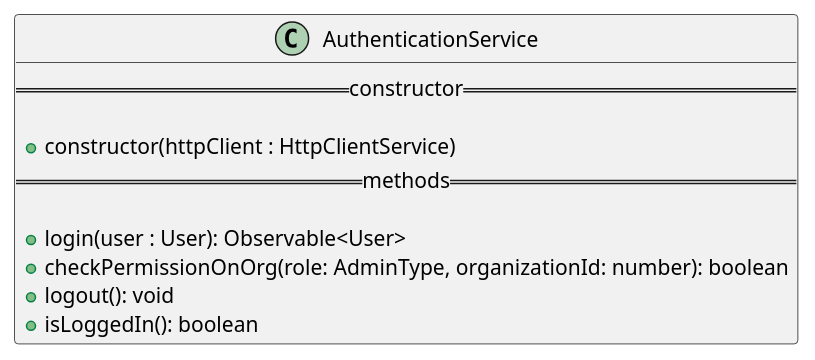
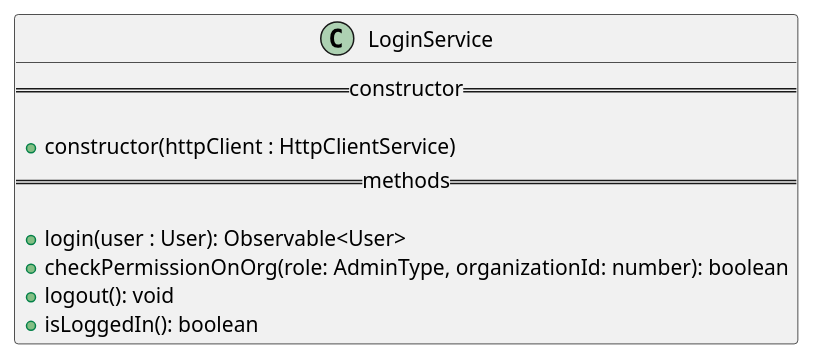
The diagram in docs/diagrams/services/loginservice.pu (GruppOne/stalker-web-app), drawn with PlantUML before and after one commit. The commit also changed 3 other files, not shown here.

Commit message:
docs: add class diagrams for editorganization and organization components

```diff
--- a/docs/diagrams/services/loginservice.pu
+++ b/docs/diagrams/services/loginservice.pu
@@ -1,13 +1,13 @@
 @startuml LoginService
-class AuthenticationService {
+class LoginService {
   == constructor ==
 
   + constructor(httpClient : HttpClientService)
   == methods ==
 
   + login(user : User): Observable<User>
   + checkPermissionOnOrg(role: AdminType, organizationId: number): boolean
   + logout(): void
   + isLoggedIn(): boolean
 }
 @enduml
```
